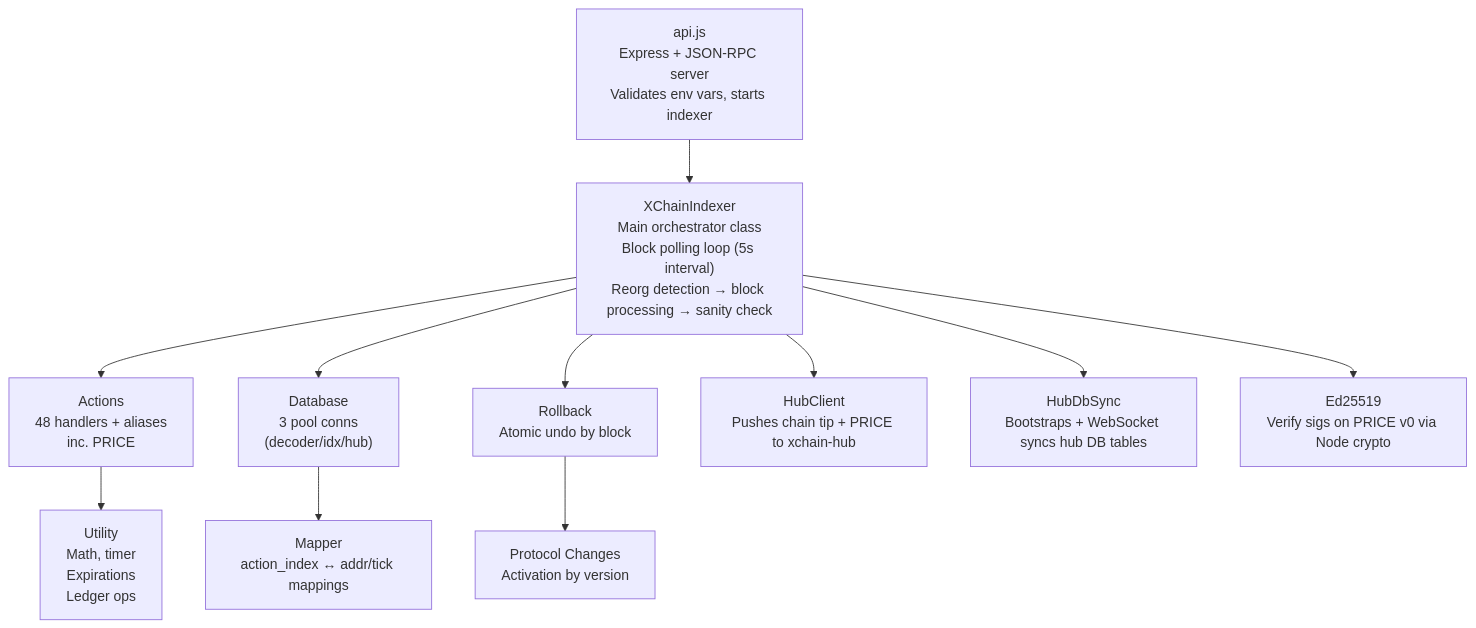
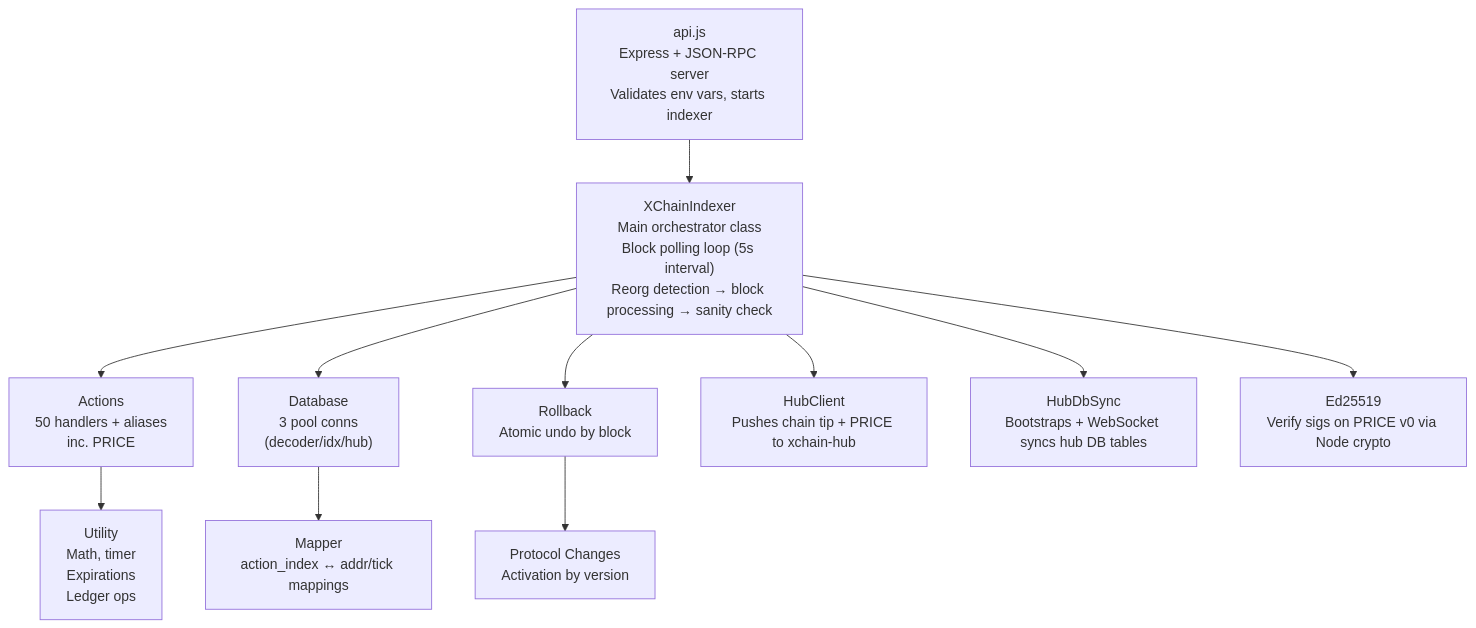
One commit to XChain-Platform/xchain-documentation changed the second of 4 diagrams in components/indexer/architecture.md. Above: the diagram before and after it, drawn with Mermaid. The commit also changed other lines of this file and 45 other files, not shown here.

````diff
--- a/components/indexer/architecture.md
+++ b/components/indexer/architecture.md
@@ -39,25 +39,25 @@
 ```mermaid
 flowchart TD
     API["api.js<br>Express + JSON-RPC server<br>Validates env vars, starts indexer"]
     XI["XChainIndexer<br>Main orchestrator class<br>Block polling loop (5s interval)<br>Reorg detection → block processing → sanity check"]
-    ACTIONS["Actions<br>48 handlers + aliases<br>inc. PRICE"]
+    ACTIONS["Actions<br>50 handlers + aliases<br>inc. PRICE"]
     DB["Database<br>3 pool conns<br>(decoder/idx/hub)"]
     ROLLBACK["Rollback<br>Atomic undo by block"]
     UTIL["Utility<br>Math, timer<br>Expirations<br>Ledger ops"]
     MAPPER["Mapper<br>action_index ↔ addr/tick mappings"]
     PROTOCOL["Protocol Changes<br>Activation by version"]
     HUBCLIENT["HubClient<br>Pushes chain tip + PRICE to xchain-hub"]
     HUBDBSYNC["HubDbSync<br>Bootstraps + WebSocket syncs hub DB tables"]
     ED25519["Ed25519<br>Verify sigs on PRICE v0 via Node crypto"]
 
     API --> XI
     XI --> ACTIONS
     XI --> DB
     XI --> ROLLBACK
     ACTIONS --> UTIL
     DB --> MAPPER
     ROLLBACK --> PROTOCOL
     XI --> HUBCLIENT
     XI --> HUBDBSYNC
     XI --> ED25519
 ```
````
